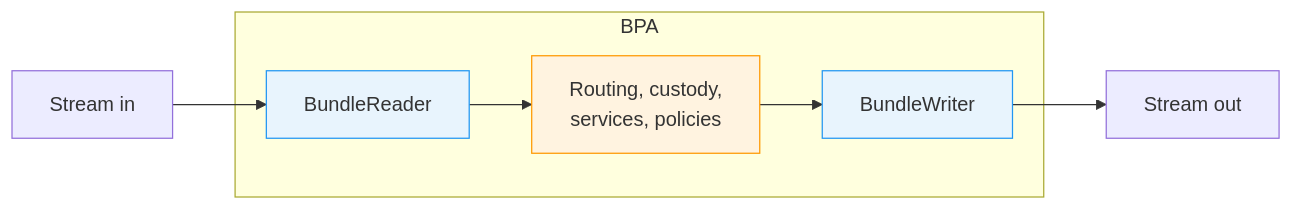
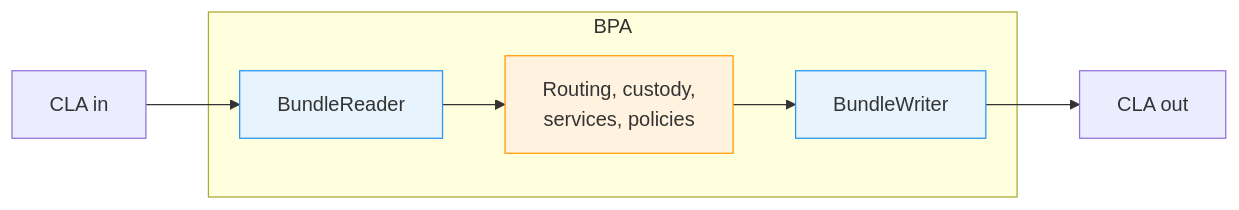
The third of 3 diagrams in README.md (sylvain-pierrot/bundle), drawn with Mermaid before and after one commit. The commit also changed other lines of this file and 40 other files, not shown here.

````diff
--- a/README.md
+++ b/README.md
@@ -181,15 +87,15 @@
 ```mermaid
 flowchart LR
-    IN["Stream in"] --> READER["BundleReader"]
+    IN["CLA in"] --> READER["BundleReader"]
 
     subgraph BPA ["BPA"]
         READER --> CORE["Routing, custody,\nservices, policies"]
         CORE --> WRITER["BundleWriter"]
     end
 
-    WRITER --> OUT["Stream out"]
+    WRITER --> OUT["CLA out"]
 
     style READER fill:#e8f4fd,stroke:#2196F3
     style WRITER fill:#e8f4fd,stroke:#2196F3
     style CORE fill:#fff3e0,stroke:#FF9800
 ```
````
